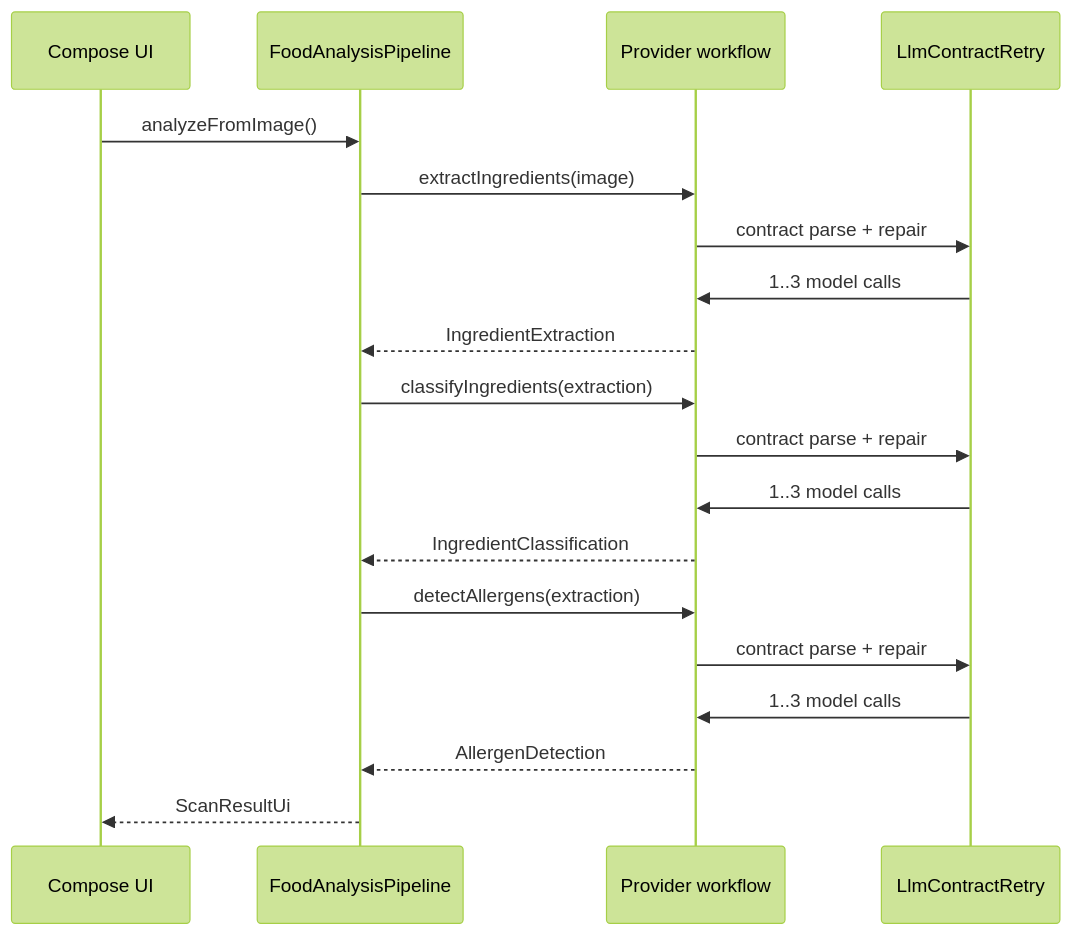
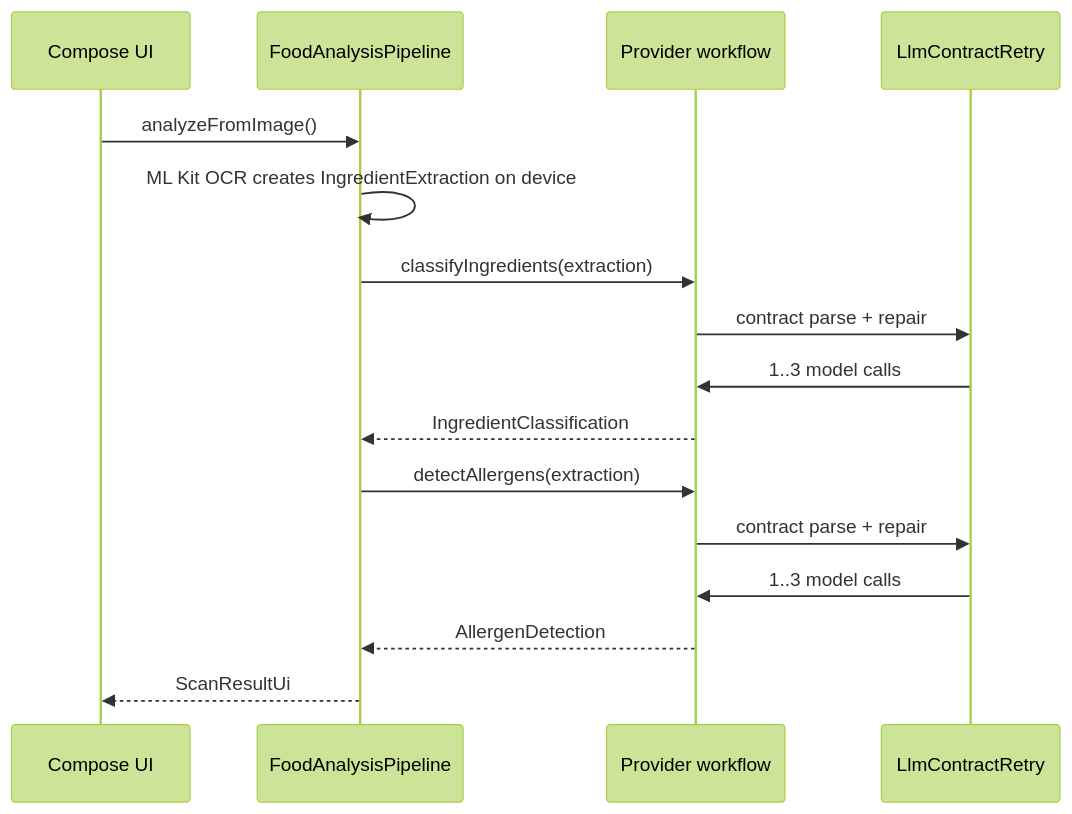
The first of 2 diagrams in documentation/08-llm-api-contracts.md (benevolentbandwidth/ultraprocessed), drawn with Mermaid (forest theme) before and after one commit. The commit also changed other lines of this file and 40 other files, not shown here.

````diff
--- a/documentation/08-llm-api-contracts.md
+++ b/documentation/08-llm-api-contracts.md
@@ -74,22 +72,19 @@
 ```mermaid
 sequenceDiagram
     participant UI as Compose UI
     participant Pipeline as FoodAnalysisPipeline
     participant LLM as Provider workflow
     participant Retry as LlmContractRetry
 
     UI->>Pipeline: analyzeFromImage()
-    Pipeline->>LLM: extractIngredients(image)
-    LLM->>Retry: contract parse + repair
-    Retry->>LLM: 1..3 model calls
-    LLM-->>Pipeline: IngredientExtraction
+    Pipeline->>Pipeline: ML Kit OCR creates IngredientExtraction on device
     Pipeline->>LLM: classifyIngredients(extraction)
     LLM->>Retry: contract parse + repair
     Retry->>LLM: 1..3 model calls
     LLM-->>Pipeline: IngredientClassification
     Pipeline->>LLM: detectAllergens(extraction)
     LLM->>Retry: contract parse + repair
     Retry->>LLM: 1..3 model calls
     LLM-->>Pipeline: AllergenDetection
     Pipeline-->>UI: ScanResultUi
 ```
````
